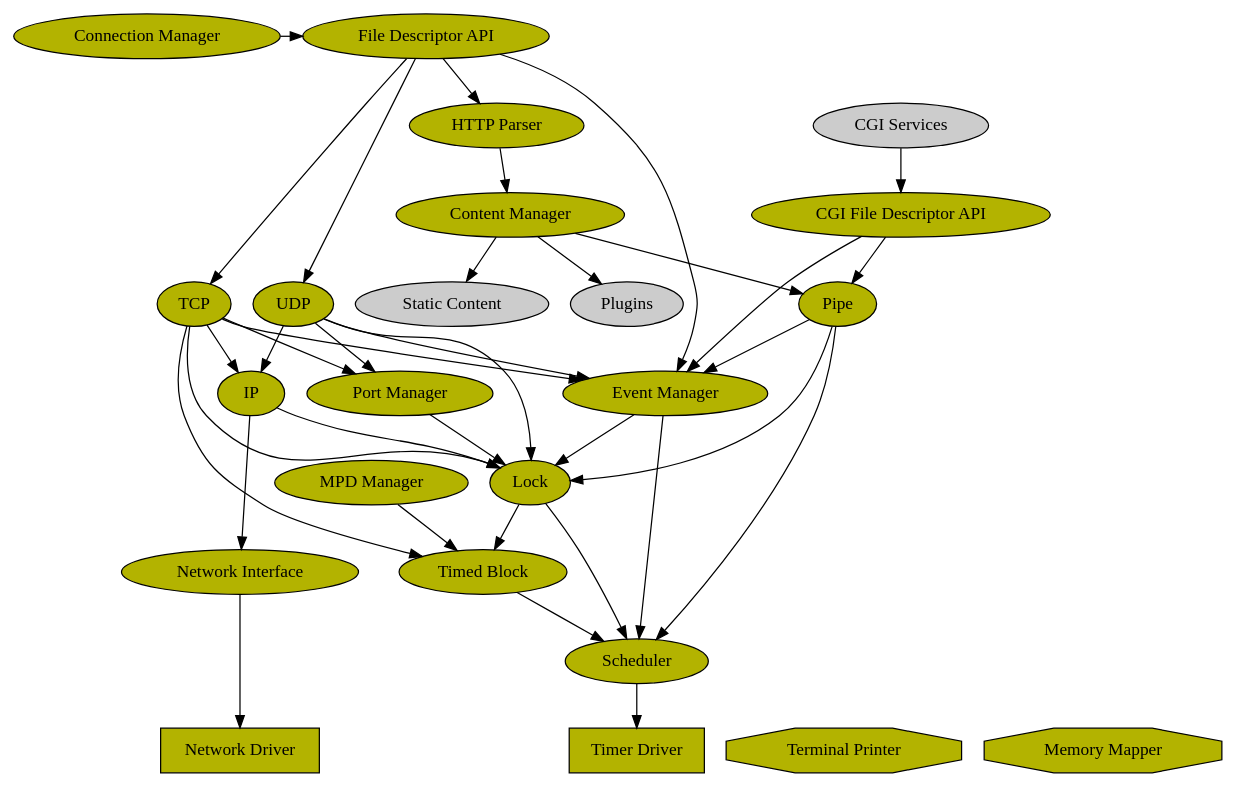
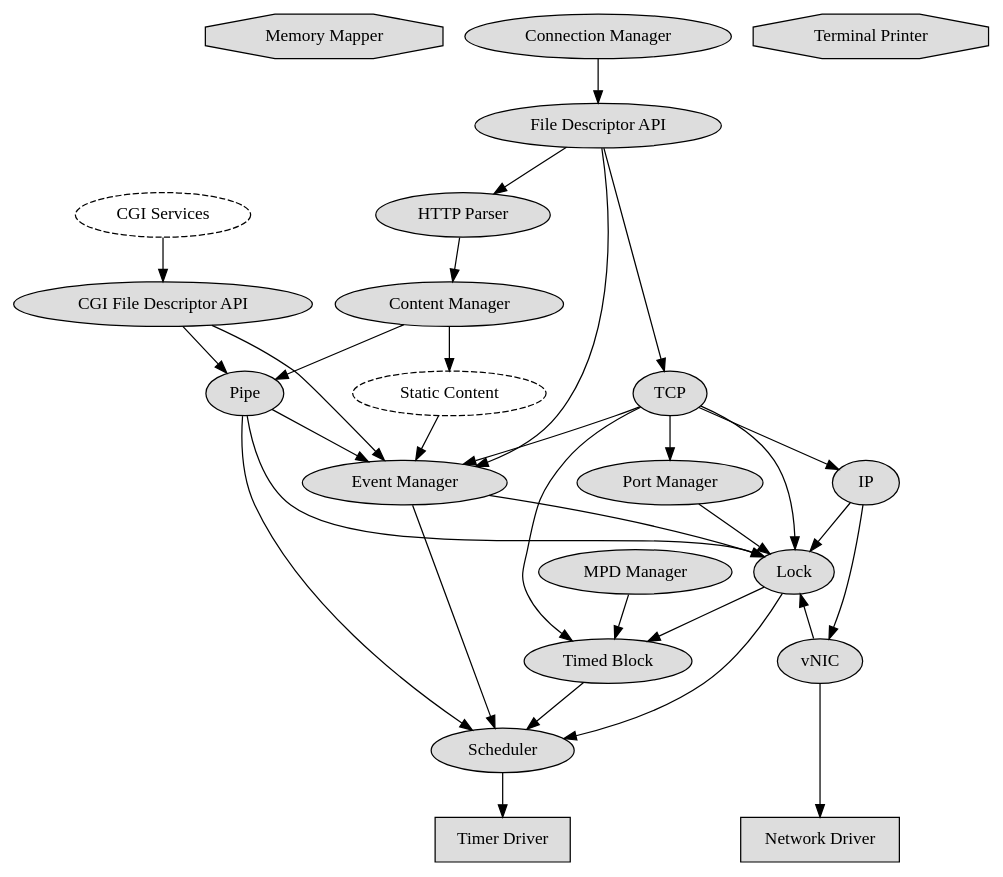
Before and after one commit to gwsystems/composite: the diagram in module/doc/component_web_server.dot, drawn with Graphviz. The commit also changed 10 other files, not shown here.

```diff
--- a/module/doc/component_web_server.dot
+++ b/module/doc/component_web_server.dot
@@ -1,82 +1,92 @@
 digraph web_server {
 	overlap=false;
 //	overlap=scale;
 	splines=true;
 //	rankdir=BT;
 
+	"Memory Mapper" [shape=octagon,fillcolor="#dddddd",style=filled];
 	{
 		rank=same;
-//		"Net Demultiplexer" [shape=box,style=filled,fillcolor="#b3b300"];
-		"Network Driver" [shape=box,style=filled,fillcolor="#b3b300"];
-		"Timer Driver" [shape=box,style=filled,fillcolor="#b3b300"];
 
-		"Terminal Printer" [shape=octagon,style=filled,fillcolor="#b3b300"];
-		"Memory Mapper" [shape=octagon,style=filled,fillcolor="#b3b300"];
+		"Network Driver" [shape=box,fillcolor="#dddddd",style=filled];
+		"Timer Driver" [shape=box,fillcolor="#dddddd",style=filled];
 	};
+		"Terminal Printer" [shape=octagon,fillcolor="#dddddd",style=filled];
+//	{
+//		rank=same;
+		"Connection Manager" [fillcolor="#dddddd",style=filled];
+		"File Descriptor API" [fillcolor="#dddddd",style=filled];
+//	};
+
+//	"UDP" [fillcolor="#dddddd",style=filled];
+	"TCP" [fillcolor="#dddddd",style=filled];
+
+	"HTTP Parser" [fillcolor="#dddddd",style=filled];
+	"CGI Services" [fillcolor="#dddddd",style=dashed];
+	"CGI File Descriptor API" [fillcolor="#dddddd",style=filled];	
+	"Content Manager" [fillcolor="#dddddd",style=filled];
+	"Pipe" [fillcolor="#dddddd",style=filled];
+	"Static Content" [style=dashed,fillcolor="#dddddd"];
+//	"Plugins" [fillcolor="#dddddd",style=filled];
+	"Scheduler" [fillcolor="#dddddd",style=filled];
 	{
 		rank=same;
-		"Connection Manager" [fillcolor="#b3b300",style=filled];
-		"File Descriptor API" [fillcolor="#b3b300",style=filled];
-	};
-
-	"UDP" [fillcolor="#b3b300",style=filled];
-	"TCP" [fillcolor="#b3b300",style=filled];
-	"IP" [fillcolor="#b3b300",style=filled];
-	"Port Manager" [fillcolor="#b3b300",style=filled];
-	"Event Manager" [fillcolor="#b3b300",style=filled];
-
-	"HTTP Parser" [fillcolor="#b3b300",style=filled];
-	"CGI Services" [fillcolor="#cccccc",style=filled];
-	"CGI File Descriptor API" [fillcolor="#b3b300",style=filled];	
-	"Content Manager" [fillcolor="#b3b300",style=filled];
-	"Pipe" [style=filled,fillcolor="#b3b300"];
-	"Static Content" [style=filled,fillcolor="#cccccc"];
-	"Plugins" [fillcolor="#cccccc",style=filled];
-	"Network Interface" [fillcolor="#b3b300",style=filled];
-	"Scheduler" [fillcolor="#b3b300",style=filled];
-	"Lock" [fillcolor="#b3b300",style=filled];
-	"Timed Block" [fillcolor="#b3b300",style=filled];
-	"MPD Manager" [fillcolor="#b3b300",style=filled];
+		"IP" [fillcolor="#dddddd",style=filled];
+		"Port Manager" [fillcolor="#dddddd",style=filled];
+		"Event Manager" [fillcolor="#dddddd",style=filled];
+	} 
+	{
+		rank=same;
+		"MPD Manager" [fillcolor="#dddddd",style=filled];
+		"Lock" [fillcolor="#dddddd",style=filled];
+	}
+	{
+		rank=same;
+		"Timed Block" [fillcolor="#dddddd",style=filled];
+		"vNIC" [fillcolor="#dddddd",style=filled];
+	}
 
 	// Edges
 	"Connection Manager" -> "File Descriptor API";
 	"File Descriptor API" -> "TCP";
-	"File Descriptor API" -> "UDP";
+//	"File Descriptor API" -> "UDP";
 	"File Descriptor API" -> "Event Manager";
 	"HTTP Parser" -> "Content Manager";
-	"Content Manager" -> "Plugins";
+//	"Content Manager" -> "Plugins";
 	"Content Manager" -> "Static Content";
+	"Static Content" -> "Event Manager";
 	"Content Manager" -> "Pipe";
 	"CGI Services" -> "CGI File Descriptor API";
 	"CGI File Descriptor API" -> "Event Manager";
 	"CGI File Descriptor API" -> "Pipe";
 	"Pipe" -> "Event Manager";
 	"Pipe" -> "Scheduler";
 	"Pipe" -> "Lock";
-	"UDP" -> "IP";
+//	"UDP" -> "IP";
 	"TCP" -> "IP";
 	"TCP" -> "Timed Block";
-	"UDP" -> "Event Manager";
+//	"UDP" -> "Event Manager";
 	"TCP" -> "Event Manager";
-	"UDP" -> "Port Manager";
+//	"UDP" -> "Port Manager";
 	"TCP" -> "Port Manager";
 	"Port Manager" -> "Lock";
 //	"Port Manager" -> "Net Demultiplexer";
 	"Event Manager" -> "Scheduler";
 	"Event Manager" -> "Lock";
 	"Lock" -> "Timed Block";
 	"Lock" -> "Scheduler";
 	"Timed Block" -> "Scheduler";
-	"UDP" -> "Lock";
+//	"UDP" -> "Lock";
 	"TCP" -> "Lock";
 	"IP" -> "Lock";
 //	"File Descriptor API" -> "Lock";
 //	"IP" -> "Net Demultiplexer";
-	"IP" -> "Network Interface";
+	"IP" -> "vNIC";
 //	"IP" -> "Network Driver";
-	"Network Interface" -> "Network Driver";
+	"vNIC" -> "Network Driver";
+	"vNIC" -> "Lock";
 	"Scheduler" -> "Timer Driver";
 	"File Descriptor API" -> "HTTP Parser";
 
 	"MPD Manager" -> "Timed Block";	
 }
```
